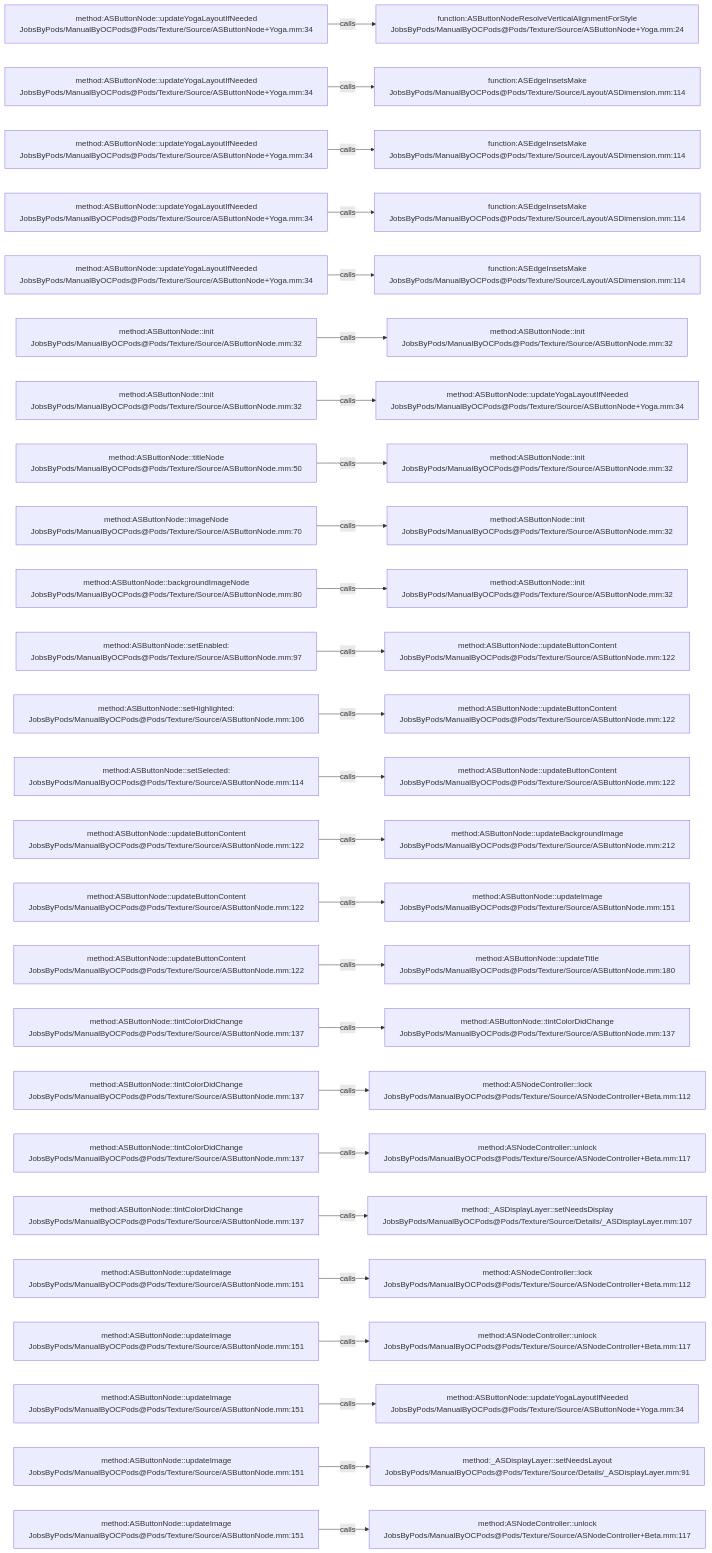
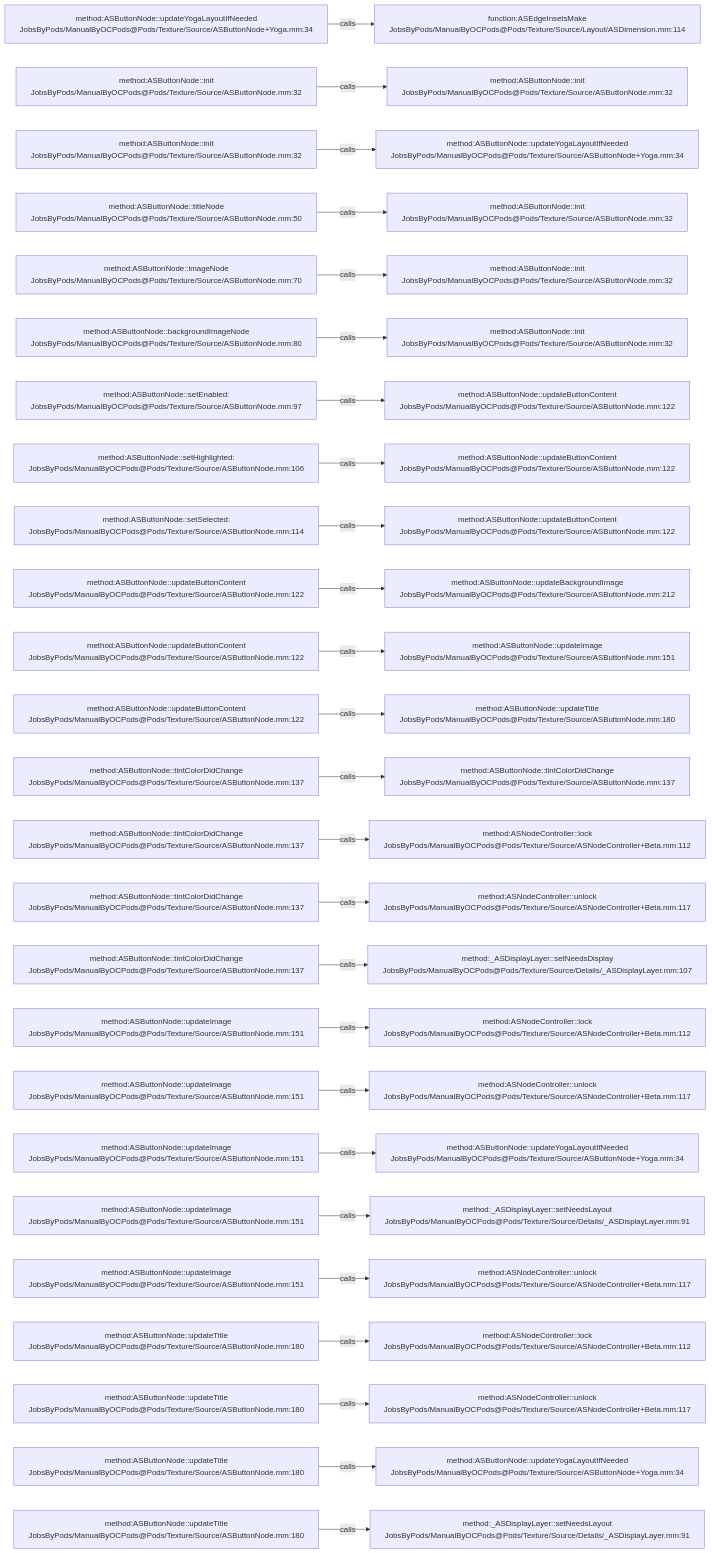
The diagram in .codegraph/codegraph.md/graphs/calls-069.md (JobsKits/JobsOCBaseConfigDemo), drawn with Mermaid before and after one commit. The commit also changed 727 other files, not shown here.

````diff
--- a/.codegraph/codegraph.md/graphs/calls-069.md
+++ b/.codegraph/codegraph.md/graphs/calls-069.md
@@ -13,78 +13,78 @@
 ```mermaid
 flowchart LR
   S1["method:ASButtonNode::updateYogaLayoutIfNeeded<br/>JobsByPods/ManualByOCPods@Pods/Texture/Source/ASButtonNode+Yoga.mm:34"]
-  T1["function:ASButtonNodeResolveVerticalAlignmentForStyle<br/>JobsByPods/ManualByOCPods@Pods/Texture/Source/ASButtonNode+Yoga.mm:24"]
+  T1["function:ASEdgeInsetsMake<br/>JobsByPods/ManualByOCPods@Pods/Texture/Source/Layout/ASDimension.mm:114"]
   S1 -->|calls| T1
-  S2["method:ASButtonNode::updateYogaLayoutIfNeeded<br/>JobsByPods/ManualByOCPods@Pods/Texture/Source/ASButtonNode+Yoga.mm:34"]
-  T2["function:ASEdgeInsetsMake<br/>JobsByPods/ManualByOCPods@Pods/Texture/Source/Layout/ASDimension.mm:114"]
+  S2["method:ASButtonNode::init<br/>JobsByPods/ManualByOCPods@Pods/Texture/Source/ASButtonNode.mm:32"]
+  T2["method:ASButtonNode::init<br/>JobsByPods/ManualByOCPods@Pods/Texture/Source/ASButtonNode.mm:32"]
   S2 -->|calls| T2
-  S3["method:ASButtonNode::updateYogaLayoutIfNeeded<br/>JobsByPods/ManualByOCPods@Pods/Texture/Source/ASButtonNode+Yoga.mm:34"]
-  T3["function:ASEdgeInsetsMake<br/>JobsByPods/ManualByOCPods@Pods/Texture/Source/Layout/ASDimension.mm:114"]
+  S3["method:ASButtonNode::init<br/>JobsByPods/ManualByOCPods@Pods/Texture/Source/ASButtonNode.mm:32"]
+  T3["method:ASButtonNode::updateYogaLayoutIfNeeded<br/>JobsByPods/ManualByOCPods@Pods/Texture/Source/ASButtonNode+Yoga.mm:34"]
   S3 -->|calls| T3
-  S4["method:ASButtonNode::updateYogaLayoutIfNeeded<br/>JobsByPods/ManualByOCPods@Pods/Texture/Source/ASButtonNode+Yoga.mm:34"]
-  T4["function:ASEdgeInsetsMake<br/>JobsByPods/ManualByOCPods@Pods/Texture/Source/Layout/ASDimension.mm:114"]
+  S4["method:ASButtonNode::titleNode<br/>JobsByPods/ManualByOCPods@Pods/Texture/Source/ASButtonNode.mm:50"]
+  T4["method:ASButtonNode::init<br/>JobsByPods/ManualByOCPods@Pods/Texture/Source/ASButtonNode.mm:32"]
   S4 -->|calls| T4
-  S5["method:ASButtonNode::updateYogaLayoutIfNeeded<br/>JobsByPods/ManualByOCPods@Pods/Texture/Source/ASButtonNode+Yoga.mm:34"]
-  T5["function:ASEdgeInsetsMake<br/>JobsByPods/ManualByOCPods@Pods/Texture/Source/Layout/ASDimension.mm:114"]
+  S5["method:ASButtonNode::imageNode<br/>JobsByPods/ManualByOCPods@Pods/Texture/Source/ASButtonNode.mm:70"]
+  T5["method:ASButtonNode::init<br/>JobsByPods/ManualByOCPods@Pods/Texture/Source/ASButtonNode.mm:32"]
   S5 -->|calls| T5
-  S6["method:ASButtonNode::init<br/>JobsByPods/ManualByOCPods@Pods/Texture/Source/ASButtonNode.mm:32"]
+  S6["method:ASButtonNode::backgroundImageNode<br/>JobsByPods/ManualByOCPods@Pods/Texture/Source/ASButtonNode.mm:80"]
   T6["method:ASButtonNode::init<br/>JobsByPods/ManualByOCPods@Pods/Texture/Source/ASButtonNode.mm:32"]
   S6 -->|calls| T6
-  S7["method:ASButtonNode::init<br/>JobsByPods/ManualByOCPods@Pods/Texture/Source/ASButtonNode.mm:32"]
-  T7["method:ASButtonNode::updateYogaLayoutIfNeeded<br/>JobsByPods/ManualByOCPods@Pods/Texture/Source/ASButtonNode+Yoga.mm:34"]
+  S7["method:ASButtonNode::setEnabled:<br/>JobsByPods/ManualByOCPods@Pods/Texture/Source/ASButtonNode.mm:97"]
+  T7["method:ASButtonNode::updateButtonContent<br/>JobsByPods/ManualByOCPods@Pods/Texture/Source/ASButtonNode.mm:122"]
   S7 -->|calls| T7
-  S8["method:ASButtonNode::titleNode<br/>JobsByPods/ManualByOCPods@Pods/Texture/Source/ASButtonNode.mm:50"]
-  T8["method:ASButtonNode::init<br/>JobsByPods/ManualByOCPods@Pods/Texture/Source/ASButtonNode.mm:32"]
+  S8["method:ASButtonNode::setHighlighted:<br/>JobsByPods/ManualByOCPods@Pods/Texture/Source/ASButtonNode.mm:106"]
+  T8["method:ASButtonNode::updateButtonContent<br/>JobsByPods/ManualByOCPods@Pods/Texture/Source/ASButtonNode.mm:122"]
   S8 -->|calls| T8
-  S9["method:ASButtonNode::imageNode<br/>JobsByPods/ManualByOCPods@Pods/Texture/Source/ASButtonNode.mm:70"]
-  T9["method:ASButtonNode::init<br/>JobsByPods/ManualByOCPods@Pods/Texture/Source/ASButtonNode.mm:32"]
+  S9["method:ASButtonNode::setSelected:<br/>JobsByPods/ManualByOCPods@Pods/Texture/Source/ASButtonNode.mm:114"]
+  T9["method:ASButtonNode::updateButtonContent<br/>JobsByPods/ManualByOCPods@Pods/Texture/Source/ASButtonNode.mm:122"]
   S9 -->|calls| T9
-  S10["method:ASButtonNode::backgroundImageNode<br/>JobsByPods/ManualByOCPods@Pods/Texture/Source/ASButtonNode.mm:80"]
-  T10["method:ASButtonNode::init<br/>JobsByPods/ManualByOCPods@Pods/Texture/Source/ASButtonNode.mm:32"]
+  S10["method:ASButtonNode::updateButtonContent<br/>JobsByPods/ManualByOCPods@Pods/Texture/Source/ASButtonNode.mm:122"]
+  T10["method:ASButtonNode::updateBackgroundImage<br/>JobsByPods/ManualByOCPods@Pods/Texture/Source/ASButtonNode.mm:212"]
   S10 -->|calls| T10
-  S11["method:ASButtonNode::setEnabled:<br/>JobsByPods/ManualByOCPods@Pods/Texture/Source/ASButtonNode.mm:97"]
-  T11["method:ASButtonNode::updateButtonContent<br/>JobsByPods/ManualByOCPods@Pods/Texture/Source/ASButtonNode.mm:122"]
+  S11["method:ASButtonNode::updateButtonContent<br/>JobsByPods/ManualByOCPods@Pods/Texture/Source/ASButtonNode.mm:122"]
+  T11["method:ASButtonNode::updateImage<br/>JobsByPods/ManualByOCPods@Pods/Texture/Source/ASButtonNode.mm:151"]
   S11 -->|calls| T11
-  S12["method:ASButtonNode::setHighlighted:<br/>JobsByPods/ManualByOCPods@Pods/Texture/Source/ASButtonNode.mm:106"]
-  T12["method:ASButtonNode::updateButtonContent<br/>JobsByPods/ManualByOCPods@Pods/Texture/Source/ASButtonNode.mm:122"]
+  S12["method:ASButtonNode::updateButtonContent<br/>JobsByPods/ManualByOCPods@Pods/Texture/Source/ASButtonNode.mm:122"]
+  T12["method:ASButtonNode::updateTitle<br/>JobsByPods/ManualByOCPods@Pods/Texture/Source/ASButtonNode.mm:180"]
   S12 -->|calls| T12
-  S13["method:ASButtonNode::setSelected:<br/>JobsByPods/ManualByOCPods@Pods/Texture/Source/ASButtonNode.mm:114"]
-  T13["method:ASButtonNode::updateButtonContent<br/>JobsByPods/ManualByOCPods@Pods/Texture/Source/ASButtonNode.mm:122"]
+  S13["method:ASButtonNode::tintColorDidChange<br/>JobsByPods/ManualByOCPods@Pods/Texture/Source/ASButtonNode.mm:137"]
+  T13["method:ASButtonNode::tintColorDidChange<br/>JobsByPods/ManualByOCPods@Pods/Texture/Source/ASButtonNode.mm:137"]
   S13 -->|calls| T13
-  S14["method:ASButtonNode::updateButtonContent<br/>JobsByPods/ManualByOCPods@Pods/Texture/Source/ASButtonNode.mm:122"]
-  T14["method:ASButtonNode::updateBackgroundImage<br/>JobsByPods/ManualByOCPods@Pods/Texture/Source/ASButtonNode.mm:212"]
+  S14["method:ASButtonNode::tintColorDidChange<br/>JobsByPods/ManualByOCPods@Pods/Texture/Source/ASButtonNode.mm:137"]
+  T14["method:ASNodeController::lock<br/>JobsByPods/ManualByOCPods@Pods/Texture/Source/ASNodeController+Beta.mm:112"]
   S14 -->|calls| T14
-  S15["method:ASButtonNode::updateButtonContent<br/>JobsByPods/ManualByOCPods@Pods/Texture/Source/ASButtonNode.mm:122"]
-  T15["method:ASButtonNode::updateImage<br/>JobsByPods/ManualByOCPods@Pods/Texture/Source/ASButtonNode.mm:151"]
+  S15["method:ASButtonNode::tintColorDidChange<br/>JobsByPods/ManualByOCPods@Pods/Texture/Source/ASButtonNode.mm:137"]
+  T15["method:ASNodeController::unlock<br/>JobsByPods/ManualByOCPods@Pods/Texture/Source/ASNodeController+Beta.mm:117"]
   S15 -->|calls| T15
-  S16["method:ASButtonNode::updateButtonContent<br/>JobsByPods/ManualByOCPods@Pods/Texture/Source/ASButtonNode.mm:122"]
-  T16["method:ASButtonNode::updateTitle<br/>JobsByPods/ManualByOCPods@Pods/Texture/Source/ASButtonNode.mm:180"]
+  S16["method:ASButtonNode::tintColorDidChange<br/>JobsByPods/ManualByOCPods@Pods/Texture/Source/ASButtonNode.mm:137"]
+  T16["method:_ASDisplayLayer::setNeedsDisplay<br/>JobsByPods/ManualByOCPods@Pods/Texture/Source/Details/_ASDisplayLayer.mm:107"]
   S16 -->|calls| T16
-  S17["method:ASButtonNode::tintColorDidChange<br/>JobsByPods/ManualByOCPods@Pods/Texture/Source/ASButtonNode.mm:137"]
-  T17["method:ASButtonNode::tintColorDidChange<br/>JobsByPods/ManualByOCPods@Pods/Texture/Source/ASButtonNode.mm:137"]
+  S17["method:ASButtonNode::updateImage<br/>JobsByPods/ManualByOCPods@Pods/Texture/Source/ASButtonNode.mm:151"]
+  T17["method:ASNodeController::lock<br/>JobsByPods/ManualByOCPods@Pods/Texture/Source/ASNodeController+Beta.mm:112"]
   S17 -->|calls| T17
-  S18["method:ASButtonNode::tintColorDidChange<br/>JobsByPods/ManualByOCPods@Pods/Texture/Source/ASButtonNode.mm:137"]
-  T18["method:ASNodeController::lock<br/>JobsByPods/ManualByOCPods@Pods/Texture/Source/ASNodeController+Beta.mm:112"]
+  S18["method:ASButtonNode::updateImage<br/>JobsByPods/ManualByOCPods@Pods/Texture/Source/ASButtonNode.mm:151"]
+  T18["method:ASNodeController::unlock<br/>JobsByPods/ManualByOCPods@Pods/Texture/Source/ASNodeController+Beta.mm:117"]
   S18 -->|calls| T18
-  S19["method:ASButtonNode::tintColorDidChange<br/>JobsByPods/ManualByOCPods@Pods/Texture/Source/ASButtonNode.mm:137"]
-  T19["method:ASNodeController::unlock<br/>JobsByPods/ManualByOCPods@Pods/Texture/Source/ASNodeController+Beta.mm:117"]
+  S19["method:ASButtonNode::updateImage<br/>JobsByPods/ManualByOCPods@Pods/Texture/Source/ASButtonNode.mm:151"]
+  T19["method:ASButtonNode::updateYogaLayoutIfNeeded<br/>JobsByPods/ManualByOCPods@Pods/Texture/Source/ASButtonNode+Yoga.mm:34"]
   S19 -->|calls| T19
-  S20["method:ASButtonNode::tintColorDidChange<br/>JobsByPods/ManualByOCPods@Pods/Texture/Source/ASButtonNode.mm:137"]
-  T20["method:_ASDisplayLayer::setNeedsDisplay<br/>JobsByPods/ManualByOCPods@Pods/Texture/Source/Details/_ASDisplayLayer.mm:107"]
+  S20["method:ASButtonNode::updateImage<br/>JobsByPods/ManualByOCPods@Pods/Texture/Source/ASButtonNode.mm:151"]
+  T20["method:_ASDisplayLayer::setNeedsLayout<br/>JobsByPods/ManualByOCPods@Pods/Texture/Source/Details/_ASDisplayLayer.mm:91"]
   S20 -->|calls| T20
   S21["method:ASButtonNode::updateImage<br/>JobsByPods/ManualByOCPods@Pods/Texture/Source/ASButtonNode.mm:151"]
-  T21["method:ASNodeController::lock<br/>JobsByPods/ManualByOCPods@Pods/Texture/Source/ASNodeController+Beta.mm:112"]
+  T21["method:ASNodeController::unlock<br/>JobsByPods/ManualByOCPods@Pods/Texture/Source/ASNodeController+Beta.mm:117"]
   S21 -->|calls| T21
-  S22["method:ASButtonNode::updateImage<br/>JobsByPods/ManualByOCPods@Pods/Texture/Source/ASButtonNode.mm:151"]
-  T22["method:ASNodeController::unlock<br/>JobsByPods/ManualByOCPods@Pods/Texture/Source/ASNodeController+Beta.mm:117"]
+  S22["method:ASButtonNode::updateTitle<br/>JobsByPods/ManualByOCPods@Pods/Texture/Source/ASButtonNode.mm:180"]
+  T22["method:ASNodeController::lock<br/>JobsByPods/ManualByOCPods@Pods/Texture/Source/ASNodeController+Beta.mm:112"]
   S22 -->|calls| T22
-  S23["method:ASButtonNode::updateImage<br/>JobsByPods/ManualByOCPods@Pods/Texture/Source/ASButtonNode.mm:151"]
-  T23["method:ASButtonNode::updateYogaLayoutIfNeeded<br/>JobsByPods/ManualByOCPods@Pods/Texture/Source/ASButtonNode+Yoga.mm:34"]
+  S23["method:ASButtonNode::updateTitle<br/>JobsByPods/ManualByOCPods@Pods/Texture/Source/ASButtonNode.mm:180"]
+  T23["method:ASNodeController::unlock<br/>JobsByPods/ManualByOCPods@Pods/Texture/Source/ASNodeController+Beta.mm:117"]
   S23 -->|calls| T23
-  S24["method:ASButtonNode::updateImage<br/>JobsByPods/ManualByOCPods@Pods/Texture/Source/ASButtonNode.mm:151"]
-  T24["method:_ASDisplayLayer::setNeedsLayout<br/>JobsByPods/ManualByOCPods@Pods/Texture/Source/Details/_ASDisplayLayer.mm:91"]
+  S24["method:ASButtonNode::updateTitle<br/>JobsByPods/ManualByOCPods@Pods/Texture/Source/ASButtonNode.mm:180"]
+  T24["method:ASButtonNode::updateYogaLayoutIfNeeded<br/>JobsByPods/ManualByOCPods@Pods/Texture/Source/ASButtonNode+Yoga.mm:34"]
   S24 -->|calls| T24
-  S25["method:ASButtonNode::updateImage<br/>JobsByPods/ManualByOCPods@Pods/Texture/Source/ASButtonNode.mm:151"]
-  T25["method:ASNodeController::unlock<br/>JobsByPods/ManualByOCPods@Pods/Texture/Source/ASNodeController+Beta.mm:117"]
+  S25["method:ASButtonNode::updateTitle<br/>JobsByPods/ManualByOCPods@Pods/Texture/Source/ASButtonNode.mm:180"]
+  T25["method:_ASDisplayLayer::setNeedsLayout<br/>JobsByPods/ManualByOCPods@Pods/Texture/Source/Details/_ASDisplayLayer.mm:91"]
   S25 -->|calls| T25
 ```
````
